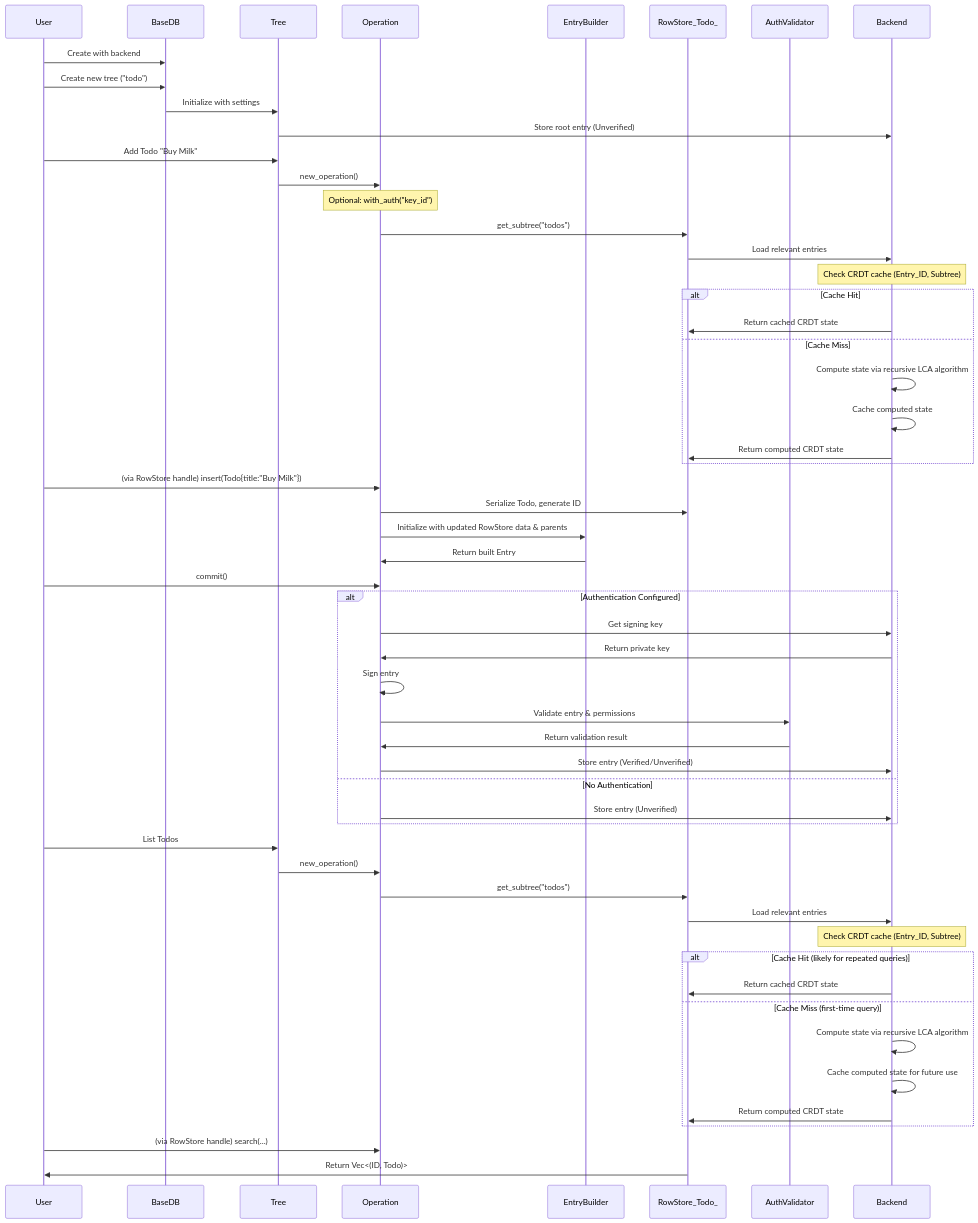
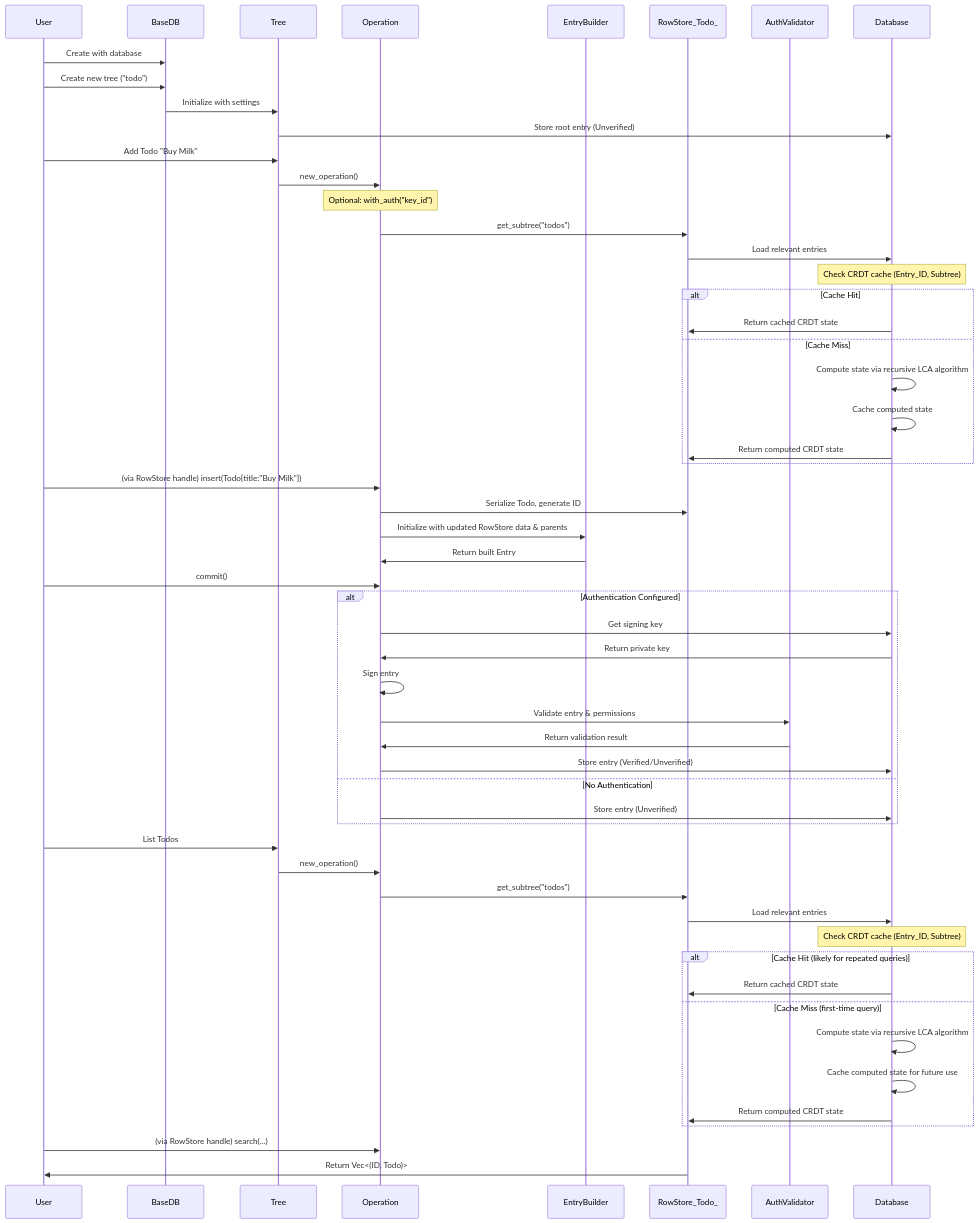
The diagram in docs/src/internal/data_flow.md (arcuru/eidetica), drawn with Mermaid before and after one commit. The commit also changed other lines of this file and 18 other files, not shown here.

````diff
--- a/docs/src/internal/data_flow.md
+++ b/docs/src/internal/data_flow.md
@@ -12,60 +12,60 @@
 ```mermaid
 sequenceDiagram
     participant User
     participant BaseDB
     participant Tree
     participant Operation
     participant EntryBuilder
     participant RowStore_Todo_
     participant AuthValidator
-    participant Backend
+    participant Database
 
-    User->>BaseDB: Create with backend
+    User->>BaseDB: Create with database
     User->>BaseDB: Create new tree ("todo")
     BaseDB->>Tree: Initialize with settings
-    Tree->>Backend: Store root entry (Unverified)
+    Tree->>Database: Store root entry (Unverified)
     User->>Tree: Add Todo "Buy Milk"
     Tree->>Operation: new_operation()
     Note over Operation: Optional: with_auth("key_id")
     Operation->>RowStore_Todo_: get_subtree("todos")
-    RowStore_Todo_->>Backend: Load relevant entries
-    Note over Backend: Check CRDT cache (Entry_ID, Subtree)
+    RowStore_Todo_->>Database: Load relevant entries
+    Note over Database: Check CRDT cache (Entry_ID, Subtree)
     alt Cache Hit
-        Backend->>RowStore_Todo_: Return cached CRDT state
+        Database->>RowStore_Todo_: Return cached CRDT state
     else Cache Miss
-        Backend->>Backend: Compute state via recursive LCA algorithm
-        Backend->>Backend: Cache computed state
-        Backend->>RowStore_Todo_: Return computed CRDT state
+        Database->>Database: Compute state via recursive LCA algorithm
+        Database->>Database: Cache computed state
+        Database->>RowStore_Todo_: Return computed CRDT state
     end
     User->>Operation: (via RowStore handle) insert(Todo{title:"Buy Milk"})
     Operation->>RowStore_Todo_: Serialize Todo, generate ID
     Operation->>EntryBuilder: Initialize with updated RowStore data & parents
     EntryBuilder->>Operation: Return built Entry
     User->>Operation: commit()
 
     alt Authentication Configured
-        Operation->>Backend: Get signing key
-        Backend->>Operation: Return private key
+        Operation->>Database: Get signing key
+        Database->>Operation: Return private key
         Operation->>Operation: Sign entry
         Operation->>AuthValidator: Validate entry & permissions
         AuthValidator->>Operation: Return validation result
-        Operation->>Backend: Store entry (Verified/Unverified)
+        Operation->>Database: Store entry (Verified/Unverified)
     else No Authentication
-        Operation->>Backend: Store entry (Unverified)
+        Operation->>Database: Store entry (Unverified)
     end
 
     User->>Tree: List Todos
     Tree->>Operation: new_operation()
     Operation->>RowStore_Todo_: get_subtree("todos")
-    RowStore_Todo_->>Backend: Load relevant entries
-    Note over Backend: Check CRDT cache (Entry_ID, Subtree)
+    RowStore_Todo_->>Database: Load relevant entries
+    Note over Database: Check CRDT cache (Entry_ID, Subtree)
     alt Cache Hit (likely for repeated queries)
-        Backend->>RowStore_Todo_: Return cached CRDT state
+        Database->>RowStore_Todo_: Return cached CRDT state
     else Cache Miss (first-time query)
-        Backend->>Backend: Compute state via recursive LCA algorithm
-        Backend->>Backend: Cache computed state for future use
-        Backend->>RowStore_Todo_: Return computed CRDT state
+        Database->>Database: Compute state via recursive LCA algorithm
+        Database->>Database: Cache computed state for future use
+        Database->>RowStore_Todo_: Return computed CRDT state
     end
     User->>Operation: (via RowStore handle) search(...)
     RowStore_Todo_->>User: Return Vec<(ID, Todo)>
 ```
````
